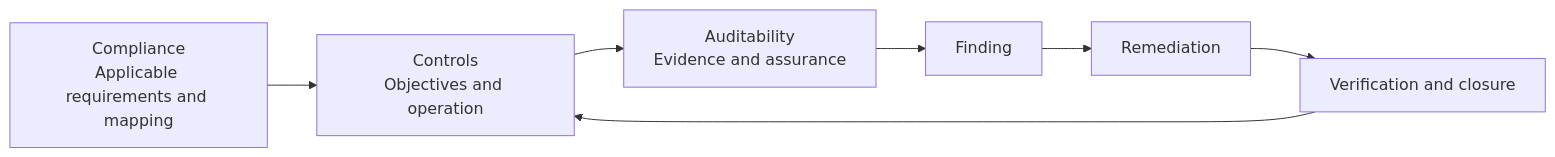
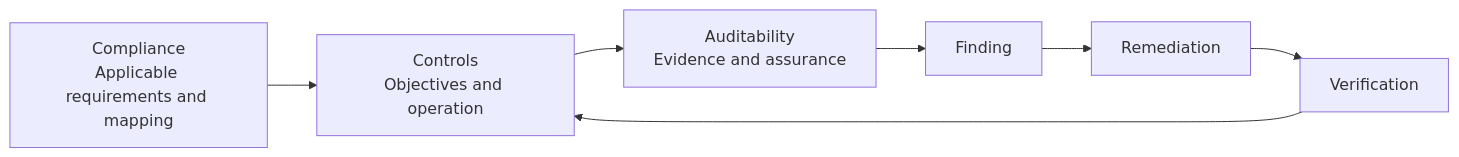
The diagram in content/docs/data/governance/compliance-and-auditability/_index.md (skitazaki/notes-with-ai), drawn with Mermaid before and after one commit. The commit also changed 1 other file, not shown here.

Commit message:
Align compliance diagram labels

````diff
--- a/content/docs/data/governance/compliance-and-auditability/_index.md
+++ b/content/docs/data/governance/compliance-and-auditability/_index.md
@@ -17,5 +17,5 @@
 ```mermaid
 flowchart LR
   CMP["Compliance<br/>Applicable requirements and mapping"] --> CTRL["Controls<br/>Objectives and operation"] --> AUD["Auditability<br/>Evidence and assurance"]
-  AUD --> F["Finding"] --> R["Remediation"] --> V["Verification and closure"] --> CTRL
+  AUD --> F["Finding"] --> R["Remediation"] --> V["Verification"] --> CTRL
 ```
````
